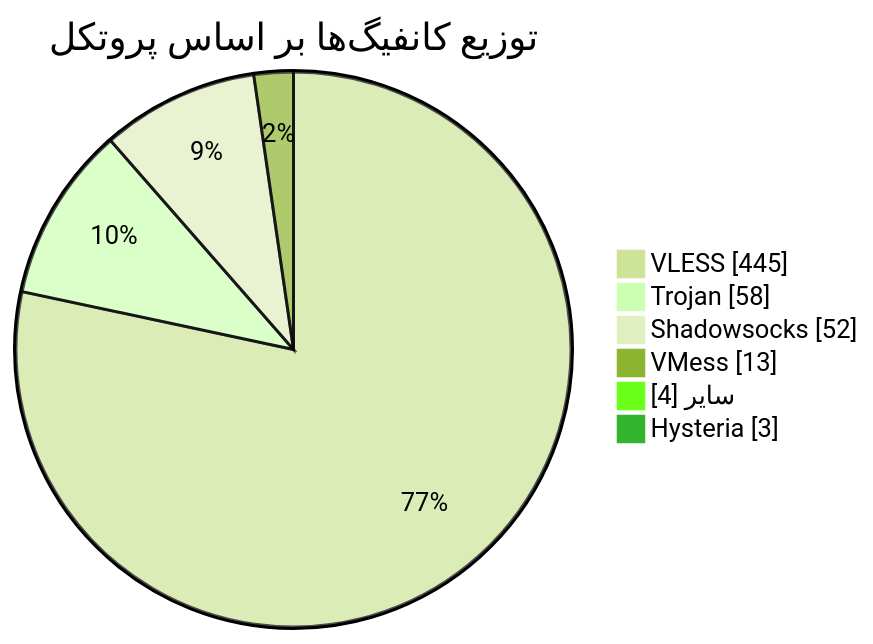
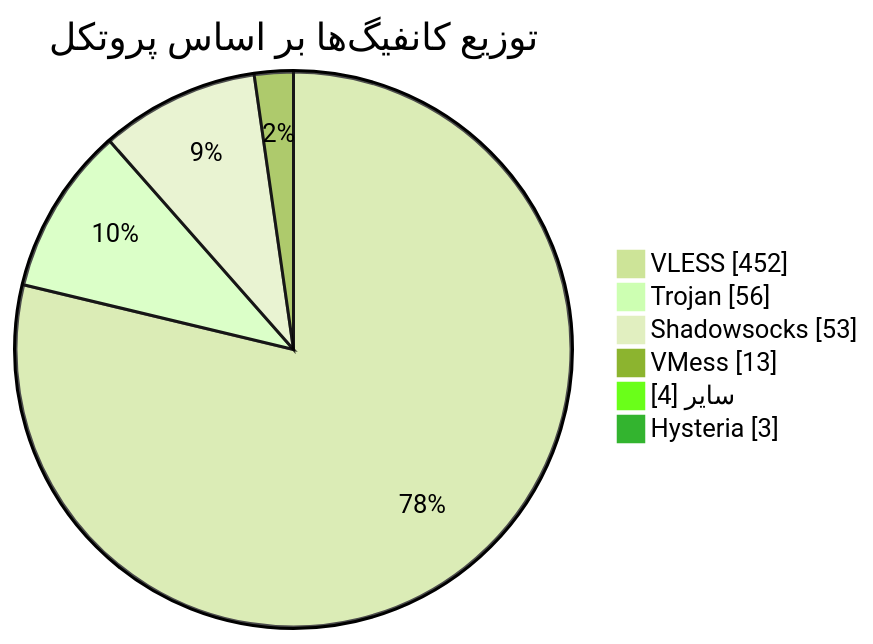
Before and after one commit to Arian-Alijani/Somthing: the diagram in README.md, drawn with Mermaid (forest theme). The commit also changed other lines of this file and 15 other files, not shown here.

````diff
--- a/README.md
+++ b/README.md
@@ -48,10 +48,10 @@
 ```mermaid
 pie showData
     title توزیع کانفیگ‌ها بر اساس پروتکل
-    "VLESS" : 445
-    "Trojan" : 58
-    "Shadowsocks" : 52
+    "VLESS" : 452
+    "Trojan" : 56
+    "Shadowsocks" : 53
     "VMess" : 13
     "سایر" : 4
     "Hysteria" : 3
 ```
````
